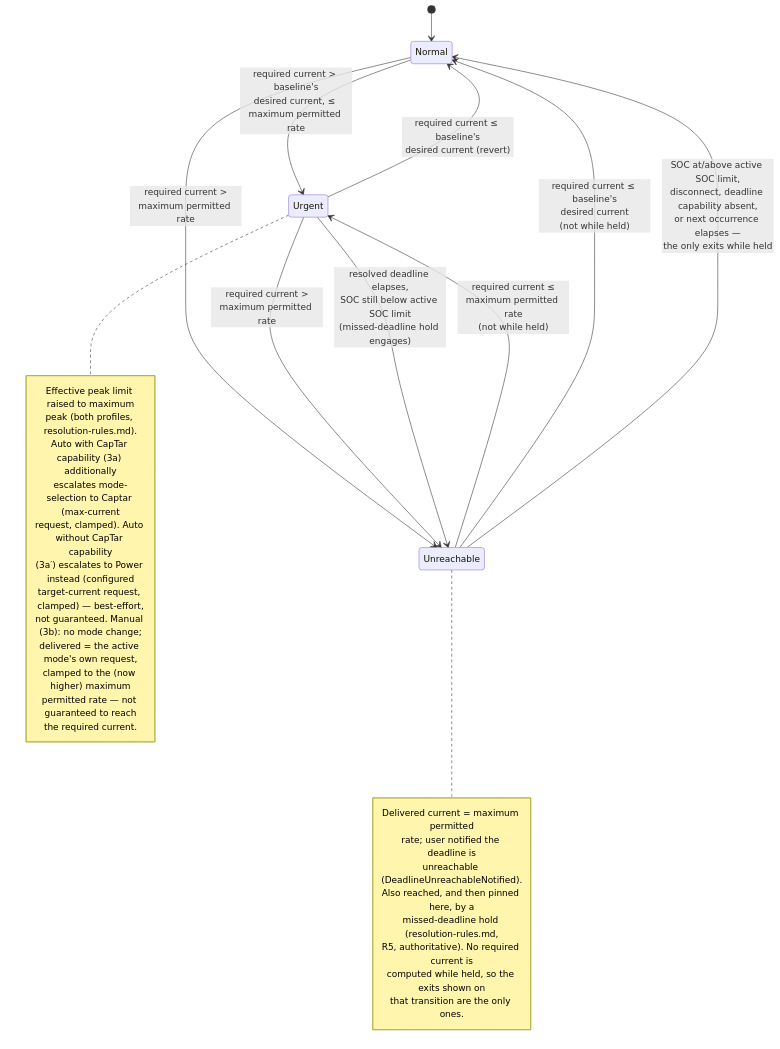
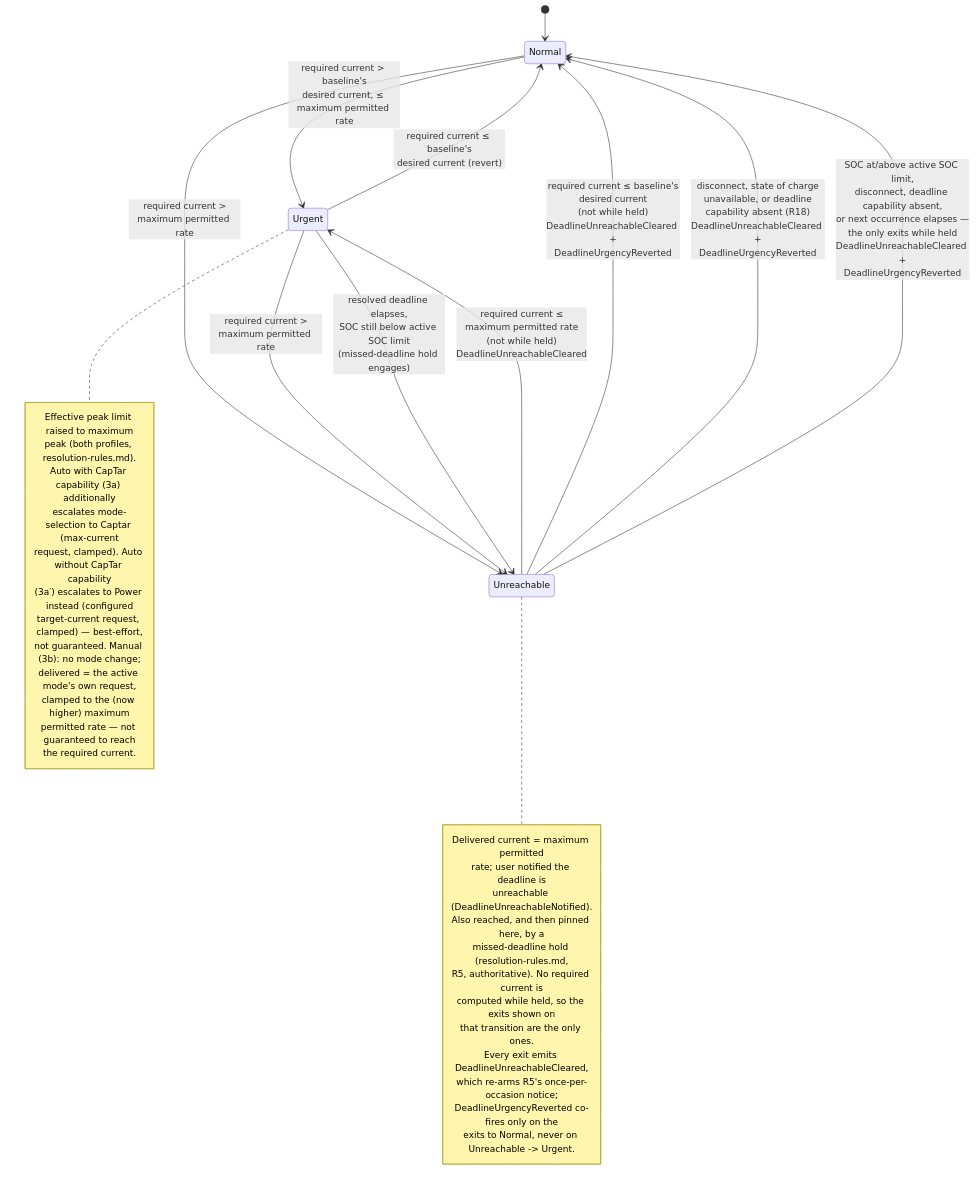
One commit to kristofdegrave/homeassistant-smart-charging changed the diagram in docs/analysis/use-cases/UC05-guarantee-ready-by-departure.md. Above: the diagram before and after it, drawn with Mermaid. The commit also changed other lines of this file and 2 other files, not shown here.

Commit message:
docs: add DeadlineUnreachableCleared to UC05, glossary, and R5 (ADR-0024 follow-up)
UC05: add `DeadlineUnreachableCleared` to "Domain events produced", annotate every
`Unreachable` exit in the state-model table and the stateDiagram-v2 with it, and state
its relationship to `DeadlineUrgencyReverted` (co-fire on the -> Normal exits; only the
clear event fires on Unreachable -> Urgent).

system-overview.md: add the glossary entry (shaped after `ActiveSocLimitChanged`), and
sharpen `maximum permitted rate` / `required current` to say the R5 deadline-unreachable
notification fires once per occasion, re-arming when the condition clears.

requirements.md: add a SMART R5 acceptance criterion pinning once per occasion plus
re-arm on clear, so a later distinct occasion notifies again without a restart.

No change to entity-catalog.md (bus events need no owned entity) or control-cycle.md
(its event list deliberately scopes the deadline events to UC05), per ADR-0024.

Closes #666
Closes #667

````diff
--- a/docs/analysis/use-cases/UC05-guarantee-ready-by-departure.md
+++ b/docs/analysis/use-cases/UC05-guarantee-ready-by-departure.md
@@ -100,36 +102,41 @@
 ```mermaid
 stateDiagram-v2
     [*] --> Normal
     Normal --> Urgent: required current > baseline's<br/>desired current, ≤ maximum permitted rate
     Normal --> Unreachable: required current ><br/>maximum permitted rate
     Urgent --> Normal: required current ≤ baseline's<br/>desired current (revert)
     Urgent --> Unreachable: required current ><br/>maximum permitted rate
     Urgent --> Unreachable: resolved deadline elapses,<br/>SOC still below active SOC limit<br/>(missed-deadline hold engages)
-    Unreachable --> Urgent: required current ≤<br/>maximum permitted rate<br/>(not while held)
-    Unreachable --> Normal: required current ≤ baseline's<br/>desired current<br/>(not while held)
-    Unreachable --> Normal: SOC at/above active SOC limit,<br/>disconnect, deadline capability absent,<br/>or next occurrence elapses —<br/>the only exits while held
+    Unreachable --> Urgent: required current ≤<br/>maximum permitted rate<br/>(not while held)<br/>DeadlineUnreachableCleared
+    Unreachable --> Normal: required current ≤ baseline's<br/>desired current<br/>(not while held)<br/>DeadlineUnreachableCleared +<br/>DeadlineUrgencyReverted
+    Unreachable --> Normal: disconnect, state of charge<br/>unavailable, or deadline<br/>capability absent (R18)<br/>DeadlineUnreachableCleared +<br/>DeadlineUrgencyReverted
+    Unreachable --> Normal: SOC at/above active SOC limit,<br/>disconnect, deadline capability absent,<br/>or next occurrence elapses —<br/>the only exits while held<br/>DeadlineUnreachableCleared +<br/>DeadlineUrgencyReverted
     note right of Urgent
         Effective peak limit raised to maximum
         peak (both profiles, resolution-rules.md).
         Auto with CapTar capability (3a) additionally
         escalates mode-selection to Captar (max-current
         request, clamped). Auto without CapTar capability
         (3a′) escalates to Power instead (configured
         target-current request, clamped) — best-effort,
         not guaranteed. Manual (3b): no mode change;
         delivered = the active mode's own request,
         clamped to the (now higher) maximum
         permitted rate — not guaranteed to reach
         the required current.
     end note
     note right of Unreachable
         Delivered current = maximum permitted
         rate; user notified the deadline is
         unreachable (DeadlineUnreachableNotified).
         Also reached, and then pinned here, by a
         missed-deadline hold (resolution-rules.md,
         R5, authoritative). No required current is
         computed while held, so the exits shown on
         that transition are the only ones.
+        Every exit emits DeadlineUnreachableCleared,
+        which re-arms R5's once-per-occasion notice;
+        DeadlineUrgencyReverted co-fires only on the
+        exits to Normal, never on Unreachable -> Urgent.
     end note
 ```
````
